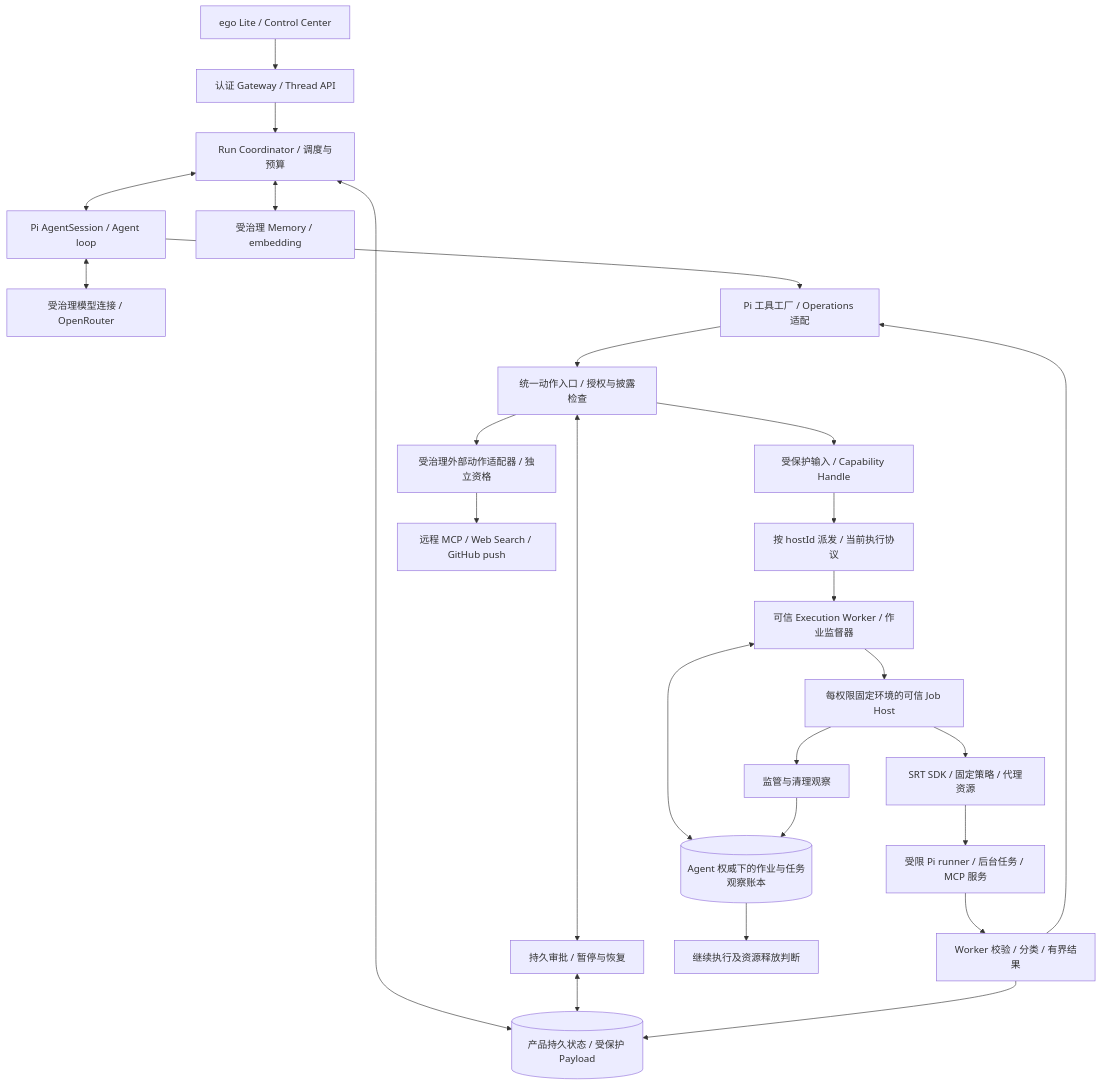
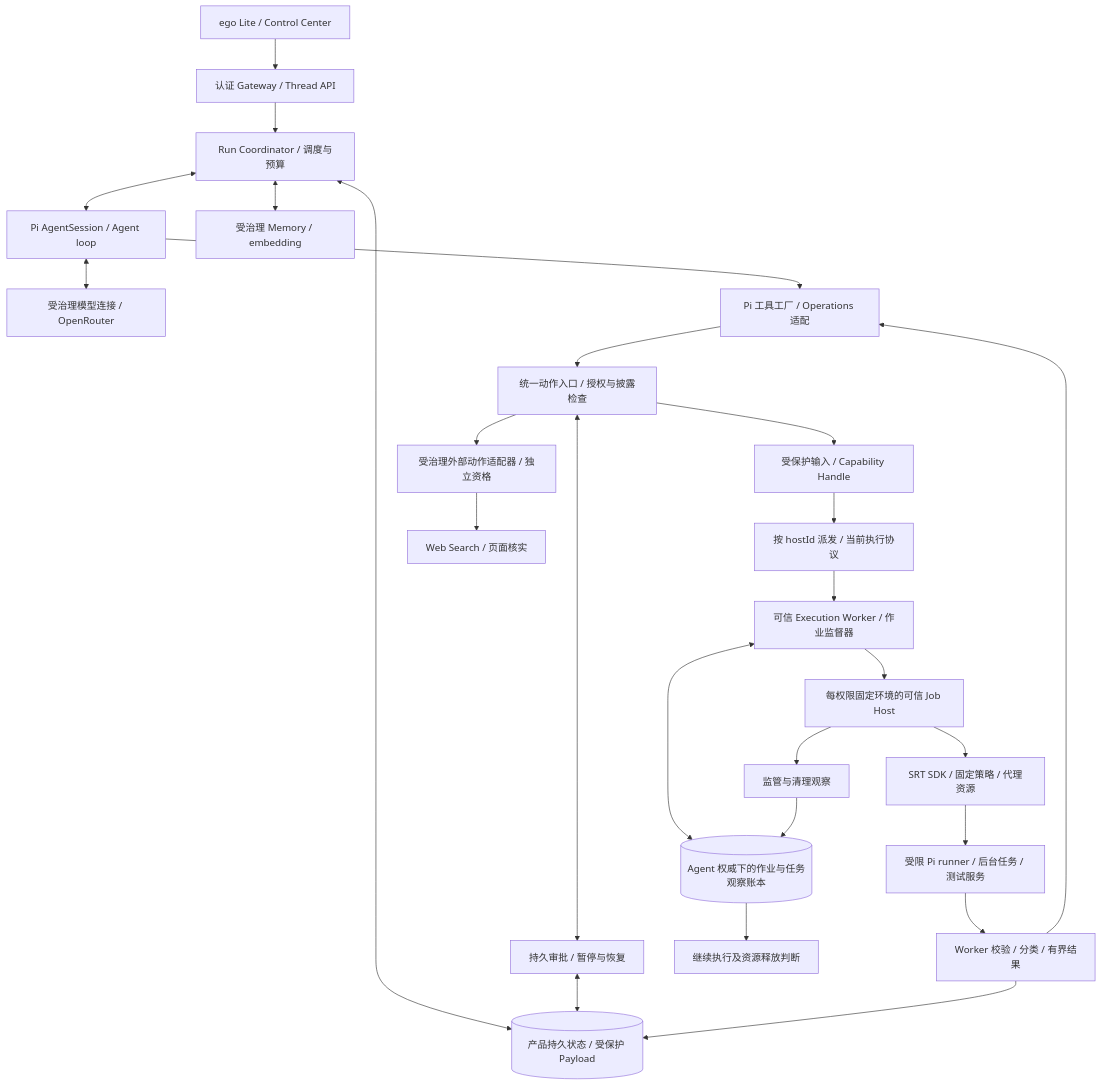
The first of 3 diagrams in docs/execution/specs/2026-09-07-srt-unified-execution-design.md (sixianli/himawari-agent), drawn with Mermaid before and after one commit. The commit also changed other lines of this file and 2 other files, not shown here.

Commit message:
docs(execution): exclude MCP and GitHub push from current scope

````diff
--- a/docs/execution/specs/2026-09-07-srt-unified-execution-design.md
+++ b/docs/execution/specs/2026-09-07-srt-unified-execution-design.md
@@ -100,28 +102,28 @@
 ```mermaid
 flowchart TB
     UI[ego Lite / Control Center] --> GW[认证 Gateway / Thread API]
     GW --> RC[Run Coordinator / 调度与预算]
     RC <--> DB[(产品持久状态 / 受保护 Payload)]
     RC <--> PI[Pi AgentSession / Agent loop]
     PI <--> MODEL[受治理模型连接 / OpenRouter]
     PI --> TOOLS[Pi 工具工厂 / Operations 适配]
     TOOLS --> ADMIT[统一动作入口 / 授权与披露检查]
     ADMIT <--> HITL[持久审批 / 暂停与恢复]
     HITL <--> DB
     ADMIT --> INPUT[受保护输入 / Capability Handle]
     INPUT --> ROUTE[按 hostId 派发 / 当前执行协议]
     ROUTE --> WORKER[可信 Execution Worker / 作业监督器]
     WORKER <--> JOURNAL[(Agent 权威下的作业与任务观察账本)]
     WORKER --> JOB[每权限固定环境的可信 Job Host]
     JOB --> SRT[SRT SDK / 固定策略 / 代理资源]
-    SRT --> CHILD[受限 Pi runner / 后台任务 / MCP 服务]
+    SRT --> CHILD[受限 Pi runner / 后台任务 / 测试服务]
     CHILD --> OUTPUT[Worker 校验 / 分类 / 有界结果]
     JOB --> OBS[监管与清理观察]
     OBS --> JOURNAL
     JOURNAL --> GATE[继续执行及资源释放判断]
     OUTPUT --> DB
     OUTPUT --> TOOLS
     ADMIT --> EXT[受治理外部动作适配器 / 独立资格]
-    EXT --> REMOTE[远程 MCP / Web Search / GitHub push]
+    EXT --> REMOTE[Web Search / 页面核实]
     RC <--> MEM[受治理 Memory / embedding]
 ```
````
